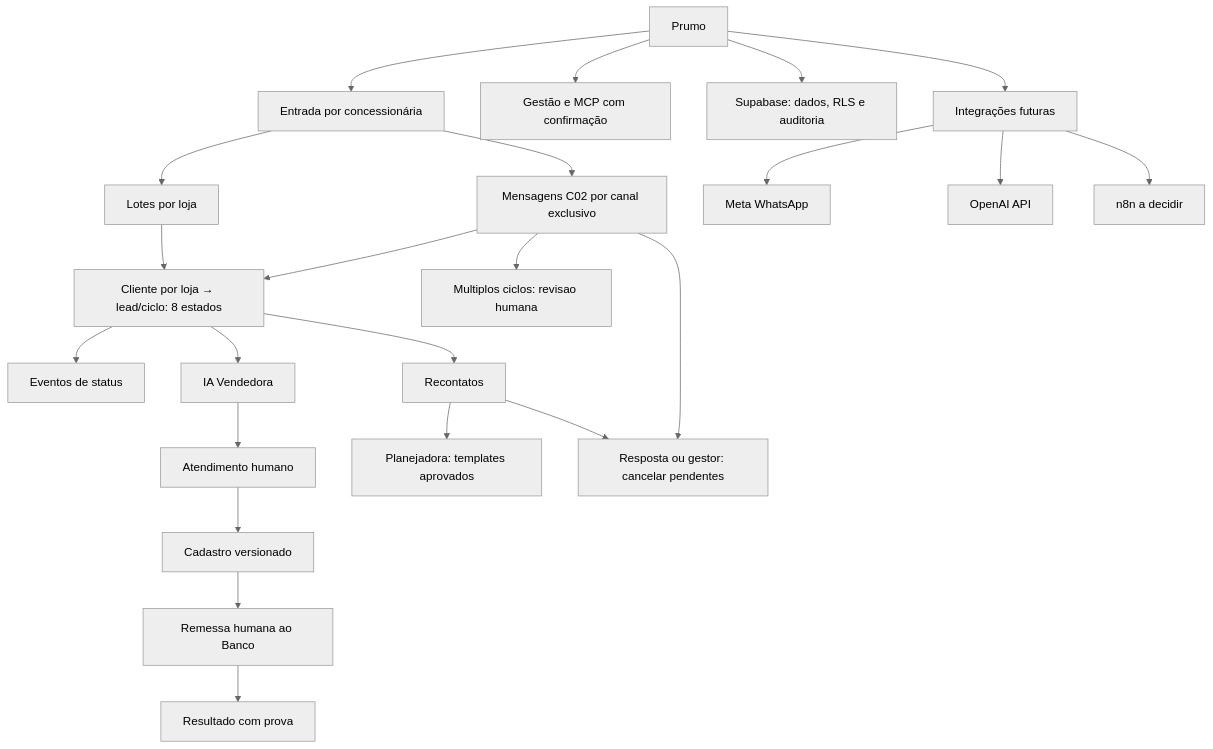
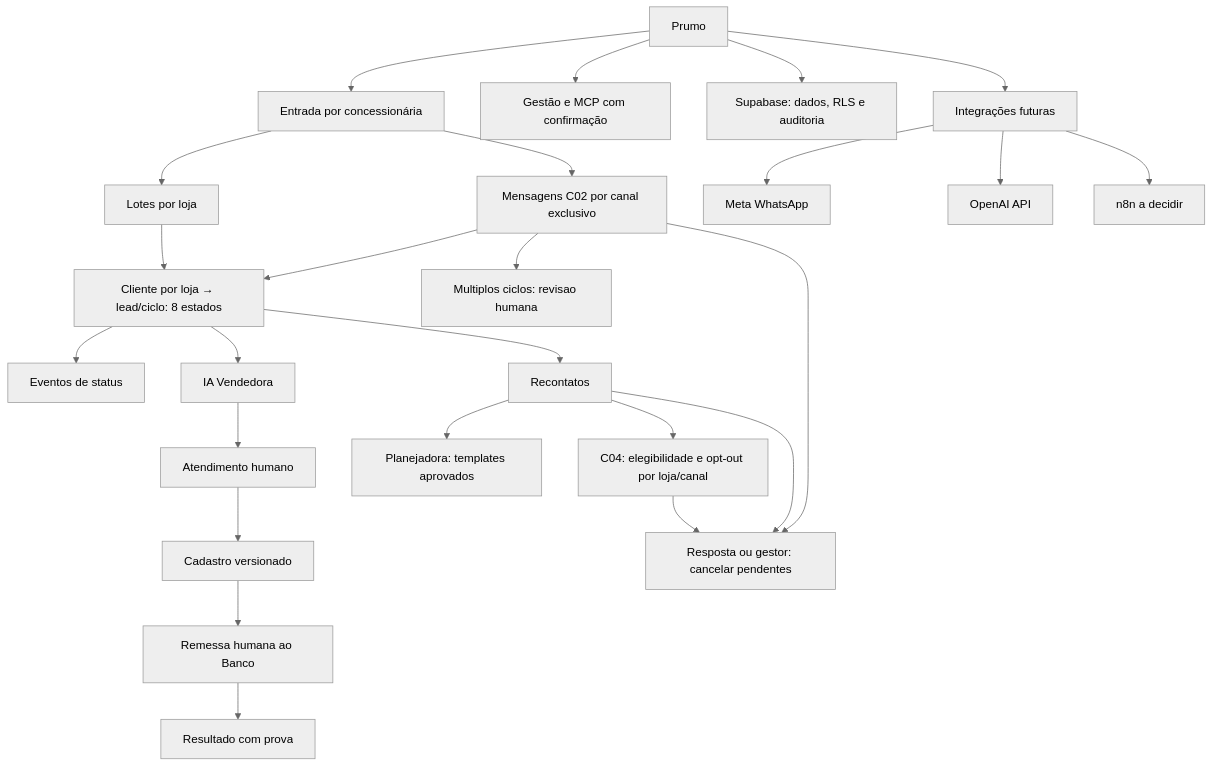
One commit to prumogrowth/Prumo-Growth-Platform-V2 changed the diagram in docs/MAPA_MENTAL.md. Above: the diagram before and after it, drawn with Mermaid (neutral theme). The commit also changed other lines of this file, not shown here.

Commit message:
docs(c04): atualizar mapa, README e aceite com supressao ficticia

````diff
--- a/docs/MAPA_MENTAL.md
+++ b/docs/MAPA_MENTAL.md
@@ -3,25 +3,27 @@
 ```mermaid
 flowchart TD
   P[Prumo] --> E[Entrada por concessionária]
   E --> IMP[Lotes por loja]
   E --> INB[Mensagens C02 por canal exclusivo]
   INB --> L
   INB --> PEND[Multiplos ciclos: revisao humana]
   IMP --> L[Cliente por loja → lead/ciclo: 8 estados]
   L --> EV[Eventos de status]
   L --> IA[IA Vendedora]
   IA --> H[Atendimento humano]
   H --> CAD[Cadastro versionado]
   CAD --> BAN[Remessa humana ao Banco]
   BAN --> RES[Resultado com prova]
   L --> REC[Recontatos]
   REC --> PLA[Planejadora: templates aprovados]
+  REC --> ELIG[C04: elegibilidade e opt-out por loja/canal]
+  ELIG --> CAN
   REC --> CAN[Resposta ou gestor: cancelar pendentes]
   INB --> CAN
   P --> ADM[Gestão e MCP com confirmação]
   P --> DB[Supabase: dados, RLS e auditoria]
   P --> INT[Integrações futuras]
   INT --> WA[Meta WhatsApp]
   INT --> OAI[OpenAI API]
   INT --> N[n8n a decidir]
 ```
````
